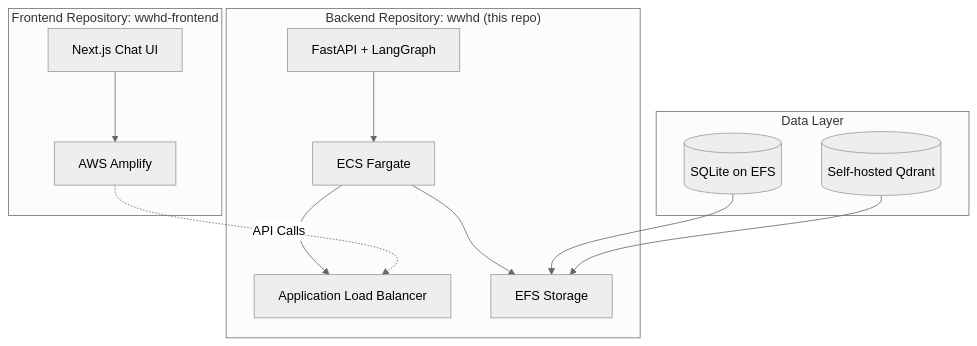
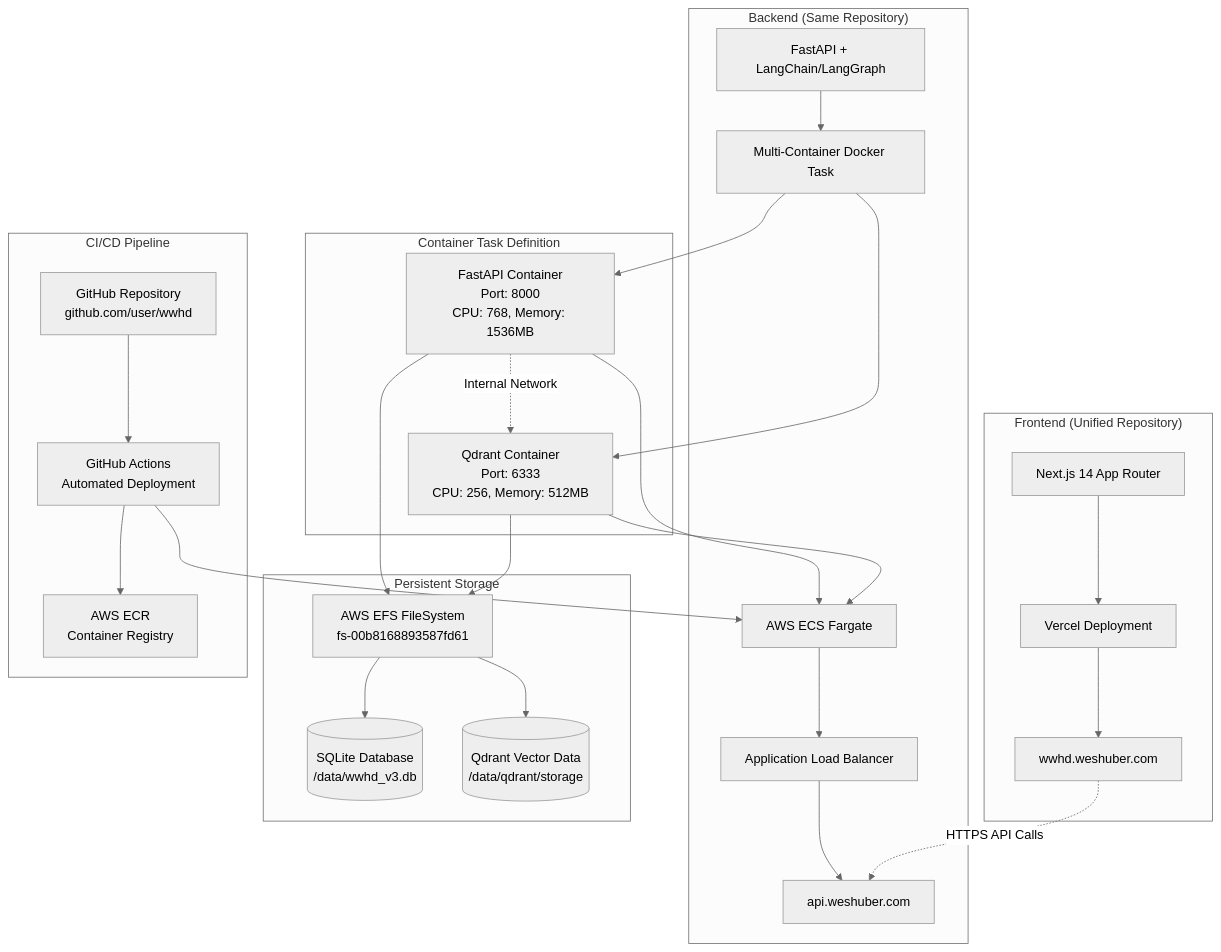
The diagram in DEPLOYMENT.md (wbaxterh/wwhd), drawn with Mermaid (neutral theme) before and after one commit. The commit also changed other lines of this file and 6 other files, not shown here.

First line of the commit message:
feat: Add GitHub Actions deployment pipeline and enhance RAG system

````diff
--- a/DEPLOYMENT.md
+++ b/DEPLOYMENT.md
@@ -7,27 +7,54 @@
 ```mermaid
 graph TB
-    subgraph "Frontend Repository: wwhd-frontend"
-        NextJS[Next.js Chat UI]
-        Amplify[AWS Amplify]
+    subgraph "Frontend (Unified Repository)"
+        NextJS[Next.js 14 App Router]
+        Vercel[Vercel Deployment]
+        Domain1[wwhd.weshuber.com]
     end
 
-    subgraph "Backend Repository: wwhd (this repo)"
-        FastAPI[FastAPI + LangGraph]
-        ECS[ECS Fargate]
+    subgraph "Backend (Same Repository)"
+        FastAPI[FastAPI + LangChain/LangGraph]
+        Docker[Multi-Container Docker Task]
+        ECS[AWS ECS Fargate]
         ALB[Application Load Balancer]
-        EFS[EFS Storage]
+        Domain2[api.weshuber.com]
     end
 
-    subgraph "Data Layer"
-        SQLite[(SQLite on EFS)]
-        Qdrant[(Self-hosted Qdrant)]
+    subgraph "Container Task Definition"
+        Container1[FastAPI Container<br/>Port: 8000<br/>CPU: 768, Memory: 1536MB]
+        Container2[Qdrant Container<br/>Port: 6333<br/>CPU: 256, Memory: 512MB]
     end
 
-    NextJS --> Amplify
-    FastAPI --> ECS
+    subgraph "Persistent Storage"
+        EFS[AWS EFS FileSystem<br/>fs-00b8168893587fd61]
+        SQLite[(SQLite Database<br/>/data/wwhd_v3.db)]
+        QdrantData[(Qdrant Vector Data<br/>/data/qdrant/storage)]
+    end
+
+    subgraph "CI/CD Pipeline"
+        GitHub[GitHub Repository<br/>github.com/user/wwhd]
+        Actions[GitHub Actions<br/>Automated Deployment]
+        ECR[AWS ECR<br/>Container Registry]
+    end
+
+    NextJS --> Vercel
+    Vercel --> Domain1
+    FastAPI --> Docker
+    Docker --> Container1
+    Docker --> Container2
+    Container1 -.->|Internal Network| Container2
+    Container1 --> ECS
+    Container2 --> ECS
     ECS --> ALB
-    ECS --> EFS
-    SQLite --> EFS
-    Qdrant --> EFS
-    Amplify -.->|API Calls| ALB
+    ALB --> Domain2
+    Container1 --> EFS
+    Container2 --> EFS
+    EFS --> SQLite
+    EFS --> QdrantData
+
+    GitHub --> Actions
+    Actions --> ECR
+    Actions --> ECS
+
+    Domain1 -.->|HTTPS API Calls| Domain2
 ```
````
